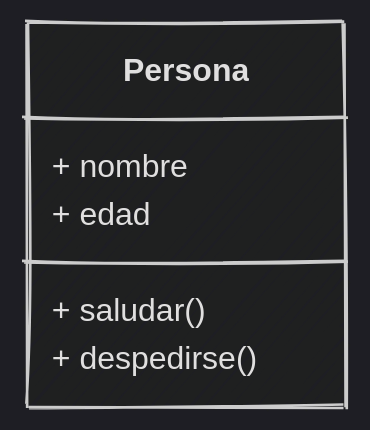
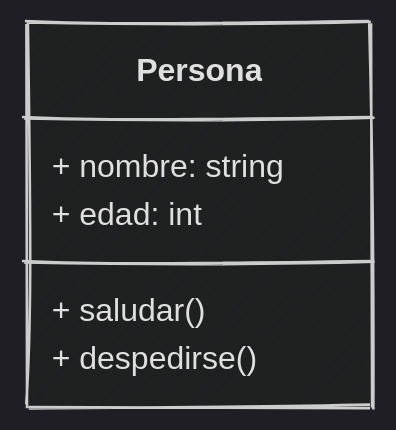
One commit to python-la-paz/python-study-group-oop changed the second of 18 diagrams in content/sesion08/Readme.md. Above: the diagram before and after it, drawn with Mermaid. The commit also changed other lines of this file and 2 other files, not shown here.

````diff
--- a/content/sesion08/Readme.md
+++ b/content/sesion08/Readme.md
@@ -344,10 +368,10 @@
 ```mermaid
 %%{init: {"theme": "dark", "look": "handDrawn"  }}%%
 classDiagram
     class Persona {
-        + nombre
-        + edad
+        + nombre: string
+        + edad: int
         + saludar()
         + despedirse()
     }
-```	
+```
````
